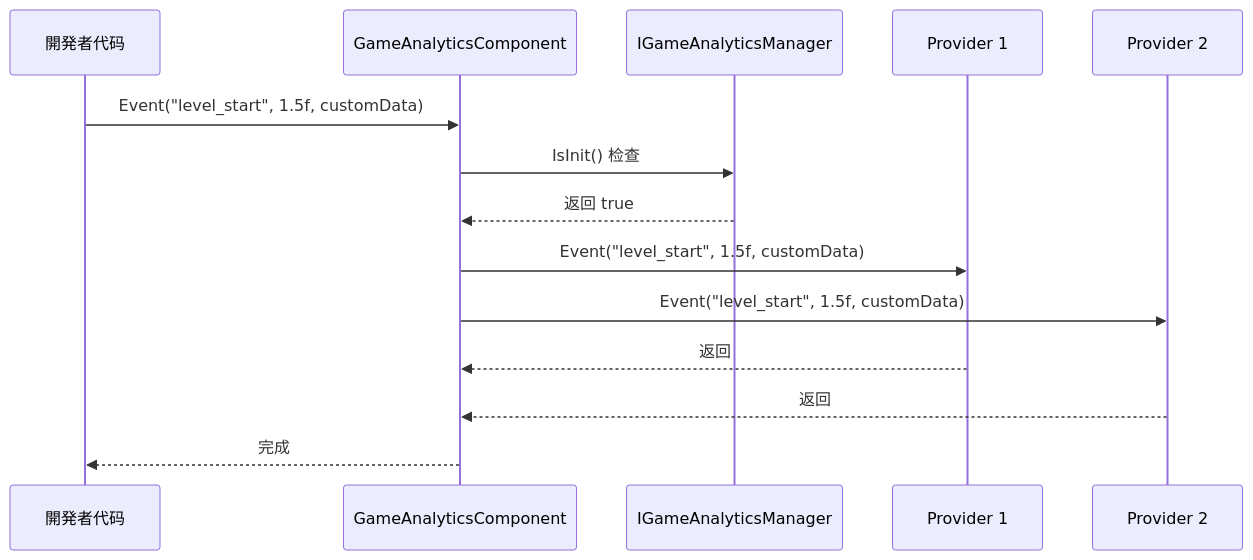
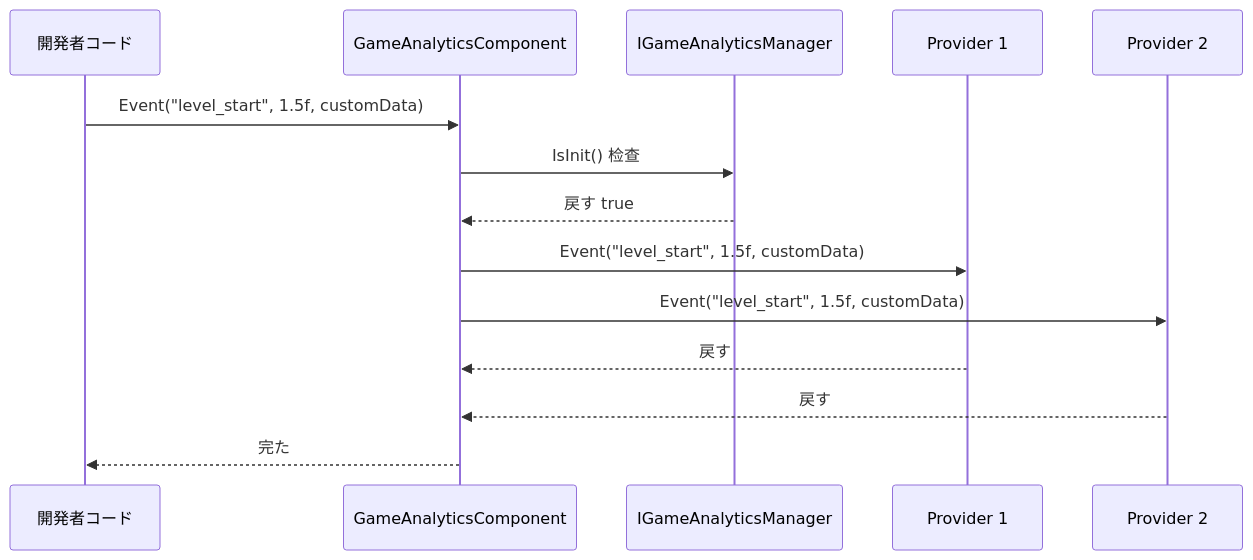
The second of 3 diagrams in docs/ja/client/unity/component/gameanalytics/01.overview.md (AlianBlank/GameFrameX.Docs), drawn with Mermaid before and after one commit. The commit also changed other lines of this file and 320 other files, not shown here.

````diff
--- a/docs/ja/client/unity/component/gameanalytics/01.overview.md
+++ b/docs/ja/client/unity/component/gameanalytics/01.overview.md
@@ -92,17 +92,17 @@
 ```mermaid
 sequenceDiagram
-    participant Dev as 開発者代码
+    participant Dev as 開発者コード
     participant GAC as GameAnalyticsComponent
     participant IGAM as IGameAnalyticsManager
     participant Provider1 as Provider 1
     participant Provider2 as Provider 2
 
     Dev->>GAC: Event("level_start", 1.5f, customData)
     GAC->>IGAM: IsInit() 检查
-    IGAM-->>GAC: 返回 true
+    IGAM-->>GAC: 戻す true
     GAC->>Provider1: Event("level_start", 1.5f, customData)
     GAC->>Provider2: Event("level_start", 1.5f, customData)
-    Provider1-->>GAC: 返回
-    Provider2-->>GAC: 返回
-    GAC-->>Dev: 完成
+    Provider1-->>GAC: 戻す
+    Provider2-->>GAC: 戻す
+    GAC-->>Dev: 完た
 ```
````
